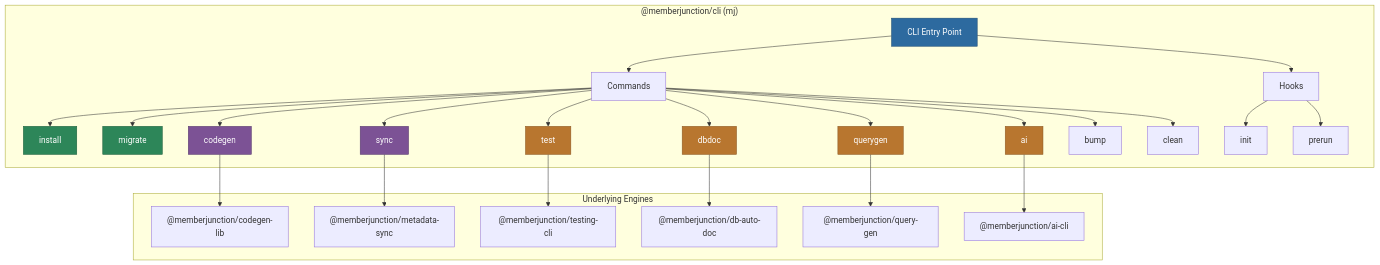
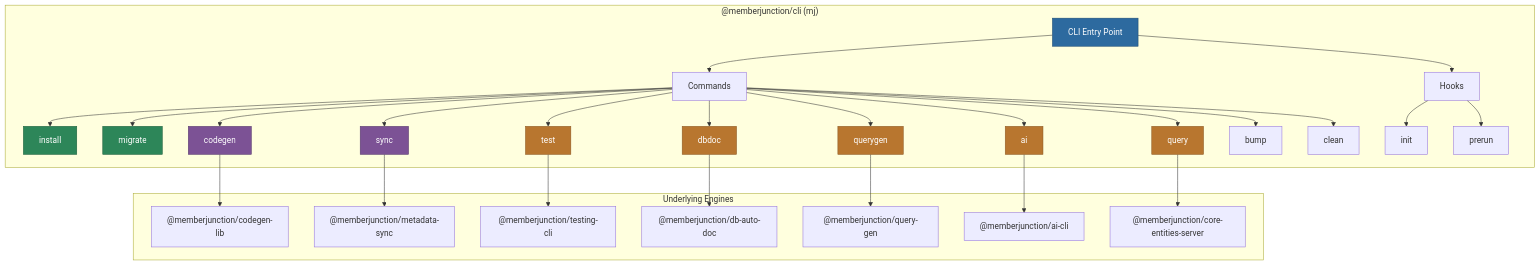
Before and after one commit to MemberJunction/MJ: the diagram in packages/MJCLI/README.md, drawn with Mermaid. The commit also changed other lines of this file and 8 other files, not shown here.

````diff
--- a/packages/MJCLI/README.md
+++ b/packages/MJCLI/README.md
@@ -7,46 +7,50 @@
 ```mermaid
 graph TD
     subgraph "@memberjunction/cli (mj)"
         A[CLI Entry Point] --> B[Commands]
         B --> C[install]
         B --> D[migrate]
         B --> E[codegen]
         B --> F[sync]
         B --> G[ai]
         B --> H[test]
         B --> I[dbdoc]
         B --> J[querygen]
+        B --> Q2[query]
         B --> K[bump]
         B --> L[clean]
 
         A --> M[Hooks]
         M --> N[init]
         M --> O[prerun]
     end
 
     subgraph "Underlying Engines"
         P["@memberjunction/codegen-lib"]
         Q["@memberjunction/metadata-sync"]
         R["@memberjunction/testing-cli"]
         S["@memberjunction/db-auto-doc"]
         T["@memberjunction/query-gen"]
         U["@memberjunction/ai-cli"]
+        V["@memberjunction/core-entities-server"]
     end
 
     E --> P
     F --> Q
     H --> R
     I --> S
     J --> T
     G --> U
+    Q2 --> V
 
     style A fill:#2d6a9f,stroke:#1a4971,color:#fff
     style C fill:#2d8659,stroke:#1a5c3a,color:#fff
     style D fill:#2d8659,stroke:#1a5c3a,color:#fff
     style E fill:#7c5295,stroke:#563a6b,color:#fff
     style F fill:#7c5295,stroke:#563a6b,color:#fff
     style G fill:#b8762f,stroke:#8a5722,color:#fff
     style H fill:#b8762f,stroke:#8a5722,color:#fff
     style I fill:#b8762f,stroke:#8a5722,color:#fff
     style J fill:#b8762f,stroke:#8a5722,color:#fff
+    style Q2 fill:#b8762f,stroke:#8a5722,color:#fff
 ```
````
